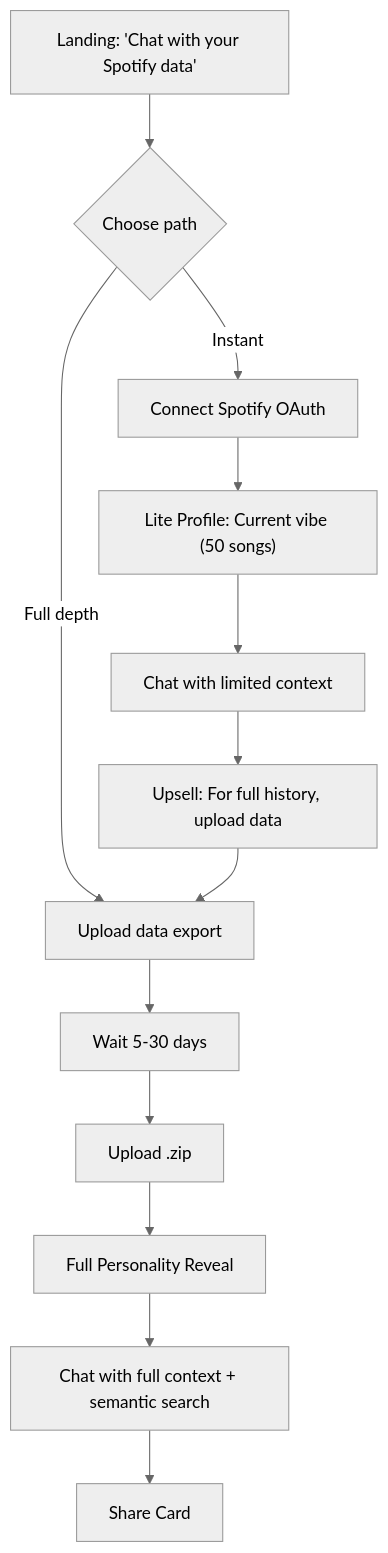
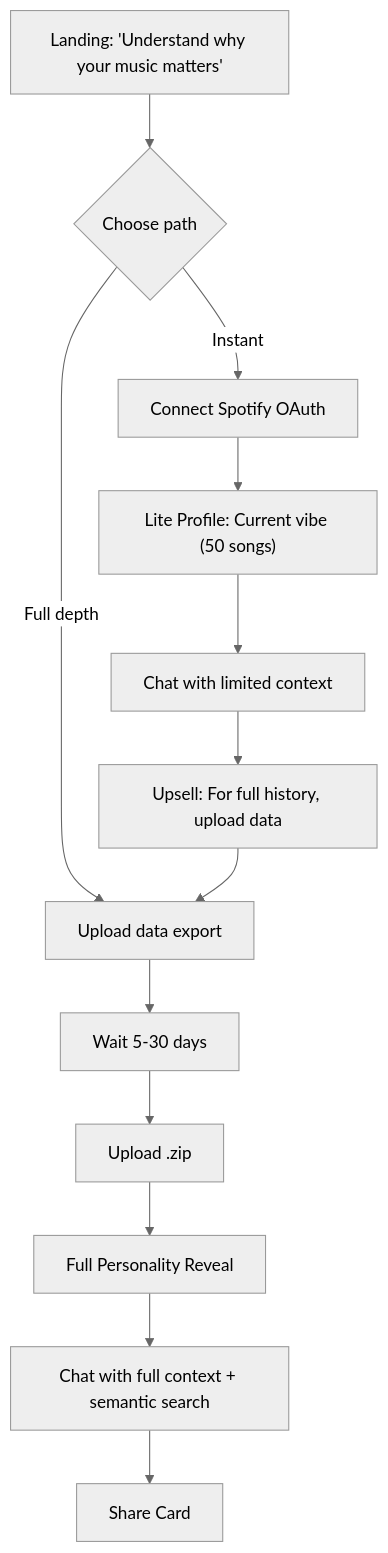
Before and after one commit to rhinos0608/rhythm-chamber: the diagram in docs/02-user-experience.md, drawn with Mermaid (neutral theme). The commit also changed 12 other files, not shown here.

````diff
--- a/docs/02-user-experience.md
+++ b/docs/02-user-experience.md
@@ -5,15 +5,15 @@
 ```mermaid
 flowchart TD
-    A["Landing: 'Chat with your Spotify data'"] --> B{Choose path}
+    A["Landing: 'Understand why your music matters'"] --> B{Choose path}
     B -->|Instant| C[Connect Spotify OAuth]
     B -->|Full depth| D[Upload data export]
     C --> E["Lite Profile: Current vibe (50 songs)"]
     E --> F[Chat with limited context]
     F --> G["Upsell: For full history, upload data"]
     G --> D
     D --> H[Wait 5-30 days]
     H --> I[Upload .zip]
     I --> J[Full Personality Reveal]
     J --> K[Chat with full context + semantic search]
     K --> L[Share Card]
 ```
````
